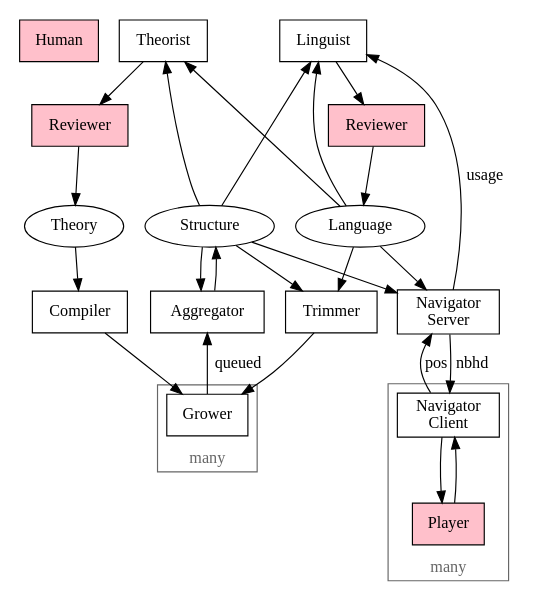
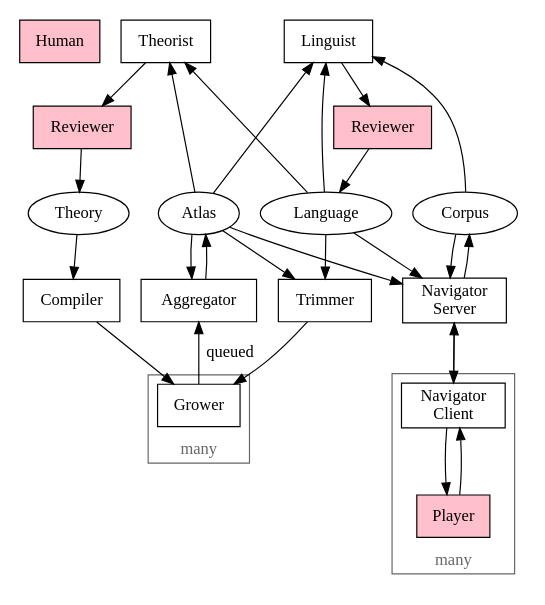
The diagram in doc/architecture.dot (fritzo/pomagma), drawn with Graphviz before and after one commit. The commit also changed 3 other files, not shown here.

```diff
--- a/doc/architecture.dot
+++ b/doc/architecture.dot
@@ -1,90 +1,93 @@
 digraph G {
 	overlap=false;
 	size="4,4";
 
 	node [shape=box];
 
 	//subgraph cluster_legend {
 	//	rank = "min";
 		Human [style=filled, fillcolor=pink];
 	//	Process;
 	//	Data [shape=ellipse];
 	//	color = "#666666";
 	//}
 
 	{
 		rank = "min";
 	 	Theorist;
 		Linguist;
 	}
 
 	{
 		rank = "same";
 		node [label="Reviewer", style=filled, fillcolor=pink];
 		lang_reviewer;
 		theory_reviewer;
 	}
 
 	{
 	 	rank="same";
 		Language [shape=ellipse];
 		Theory [shape=ellipse];
-		Structure [shape=ellipse];
+		Atlas [shape=ellipse];
+		Corpus [shape=ellipse];
 	}
 
 	{
 		rank="same";
 		Trimmer;
 		Aggregator;
 		Compiler;
 		nav_server [label="Navigator\nServer"];
 	}
 
 	subgraph cluster_grower {
 		Grower;
 
 		color = "#666666";
 		fontcolor = "#666666";
 		label = "many";
 		labelloc = "b";
 	}
 
 	subgraph cluster_navigator {
 		rank="max";
 		{ rank="max"; Player [style=filled, fillcolor=pink]; }
 		nav_client [label="Navigator\nClient"];
 
 		color = "#666666";
 		fontcolor = "#666666";
 		label = "many";
 		labelloc = "b";
 	}
 
-	Structure -> Trimmer;
+	Atlas -> Trimmer;
 	Language -> Trimmer;
 	Trimmer -> Grower;
 	Grower -> Aggregator [label="queued"];
-	Aggregator -> Structure;
-	Structure -> Aggregator;
+	Aggregator -> Atlas;
+	Atlas -> Aggregator;
 
-	Structure -> Theorist;
+	Atlas -> Theorist;
 	Language ->  Theorist;
 	Theorist -> theory_reviewer;
 	theory_reviewer -> Theory;
 	Theory -> Compiler -> Grower;
 
-	Structure -> Linguist;
+	Atlas -> Linguist;
 	Language -> Linguist;
 	Linguist -> lang_reviewer -> Language;
 	//Linguist -> Language [label="weights"];
 	//Linguist -> lang_reviewer -> Language [label="rules"];
 
 	nav_server [label="Navigator\nServer"];
-	nav_client -> nav_server [label="pos"];
-	nav_server -> nav_client [label="nbhd"];
-	Structure -> nav_server;
+	nav_server -> nav_client;
+	nav_client -> nav_server;
+	Atlas -> nav_server;
 	Language -> nav_server;
-	nav_server -> Linguist [label="usage"];
+	Corpus -> nav_server;
+	nav_server -> Corpus;
+	Corpus -> Linguist;
 	nav_client -> Player;
 	Player -> nav_client;
 }
```
